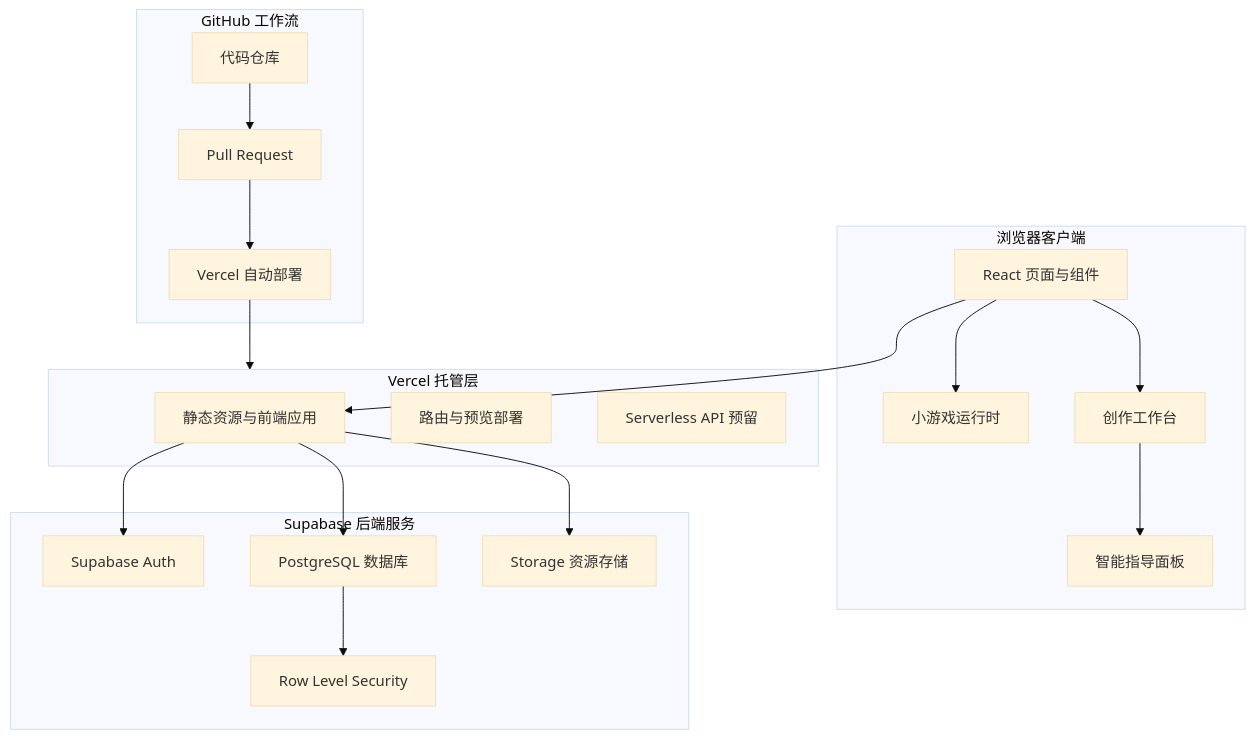
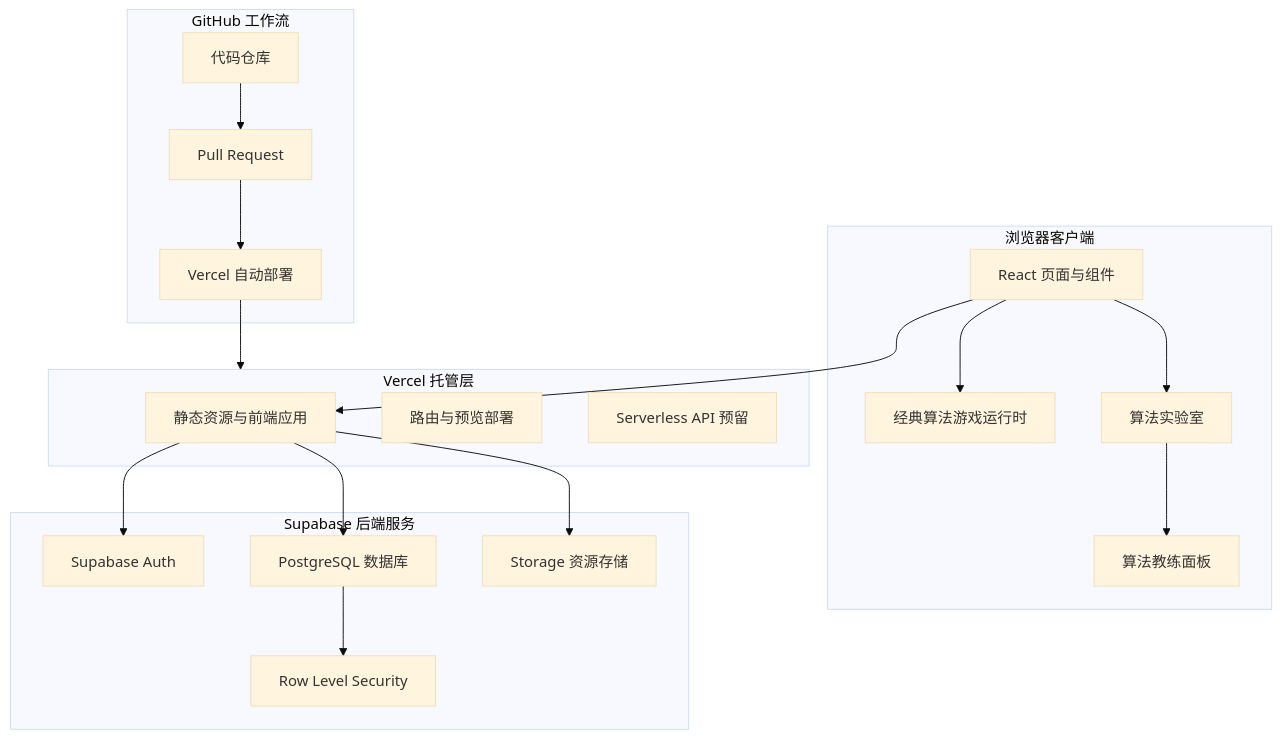
One commit to shawcc/brain-workshop changed the first of 2 diagrams in .trae/documents/益智小游戏平台_技术架构.md. Above: the diagram before and after it, drawn with Mermaid (base theme). The commit also changed other lines of this file and 14 other files, not shown here.

````diff
--- a/.trae/documents/益智小游戏平台_技术架构.md
+++ b/.trae/documents/益智小游戏平台_技术架构.md
@@ -5,40 +5,40 @@
 ```mermaid
 flowchart TB
     subgraph Client["浏览器客户端"]
         UI["React 页面与组件"]
-        GameRuntime["小游戏运行时"]
-        Creator["创作工作台"]
-        Guide["智能指导面板"]
+        GameRuntime["经典算法游戏运行时"]
+        Creator["算法实验室"]
+        Guide["算法教练面板"]
     end
 
     subgraph Vercel["Vercel 托管层"]
         Static["静态资源与前端应用"]
         Edge["路由与预览部署"]
         Api["Serverless API 预留"]
     end
 
     subgraph Supabase["Supabase 后端服务"]
         Auth["Supabase Auth"]
         DB["PostgreSQL 数据库"]
         Storage["Storage 资源存储"]
         RLS["Row Level Security"]
     end
 
     subgraph GitHub["GitHub 工作流"]
         Repo["代码仓库"]
         PR["Pull Request"]
         Deploy["Vercel 自动部署"]
     end
 
     UI --> GameRuntime
     UI --> Creator
     Creator --> Guide
     UI --> Static
     Static --> Auth
     Static --> DB
     Static --> Storage
     DB --> RLS
     Repo --> PR
     PR --> Deploy
     Deploy --> Vercel
 ```
````
